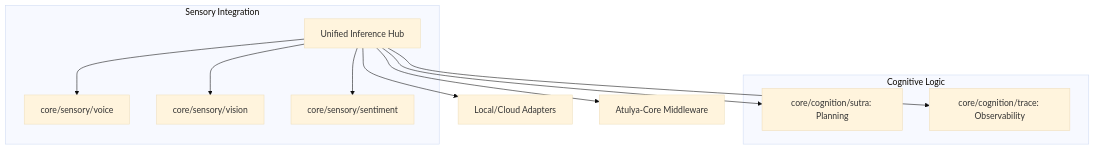
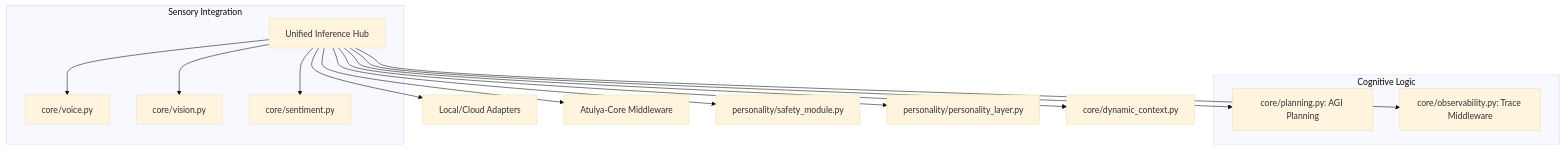
Before and after one commit to atulyaai/Tantra-LLM: the diagram in README.md, drawn with Mermaid (base theme). The commit also changed other lines of this file and 42 other files, not shown here.

````diff
--- a/README.md
+++ b/README.md
@@ -7,17 +7,20 @@
 ```mermaid
 graph TD
     Hub[Unified Inference Hub] --> Adapters[Local/Cloud Adapters]
     
     subgraph "Sensory Integration"
-        Hub --> Voice[core/sensory/voice]
-        Hub --> Vision[core/sensory/vision]
-        Hub --> Sentiment[core/sensory/sentiment]
+        Hub --> Voice[core/voice.py]
+        Hub --> Vision[core/vision.py]
+        Hub --> Sentiment[core/sentiment.py]
     end
 
     subgraph "Cognitive Logic"
-        Hub --> Sutra[core/cognition/sutra: Planning]
-        Hub --> Trace[core/cognition/trace: Observability]
+        Hub --> Sutra[core/planning.py: AGI Planning]
+        Hub --> Trace[core/observability.py: Trace Middleware]
     end
     
     Hub --> Middleware[Atulya-Core Middleware]
+    Hub --> Safety[personality/safety_module.py]
+    Hub --> Personality[personality/personality_layer.py]
+    Hub --> Context[core/dynamic_context.py]
 ```
````
